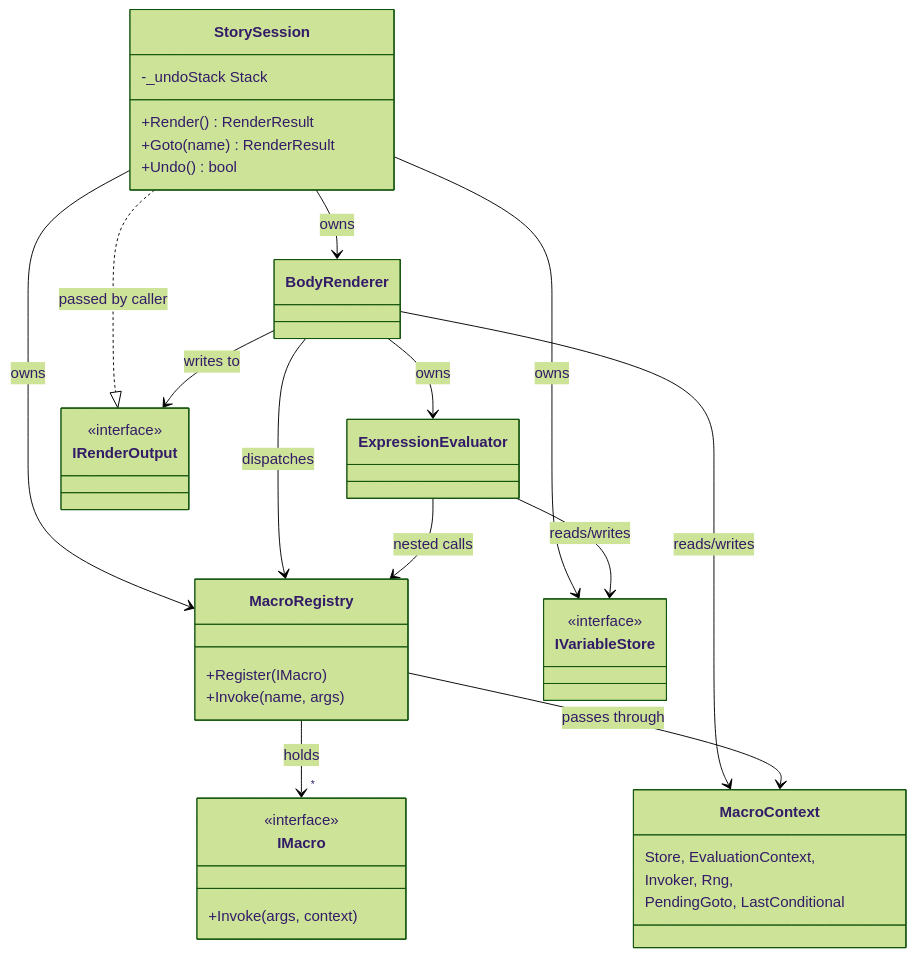
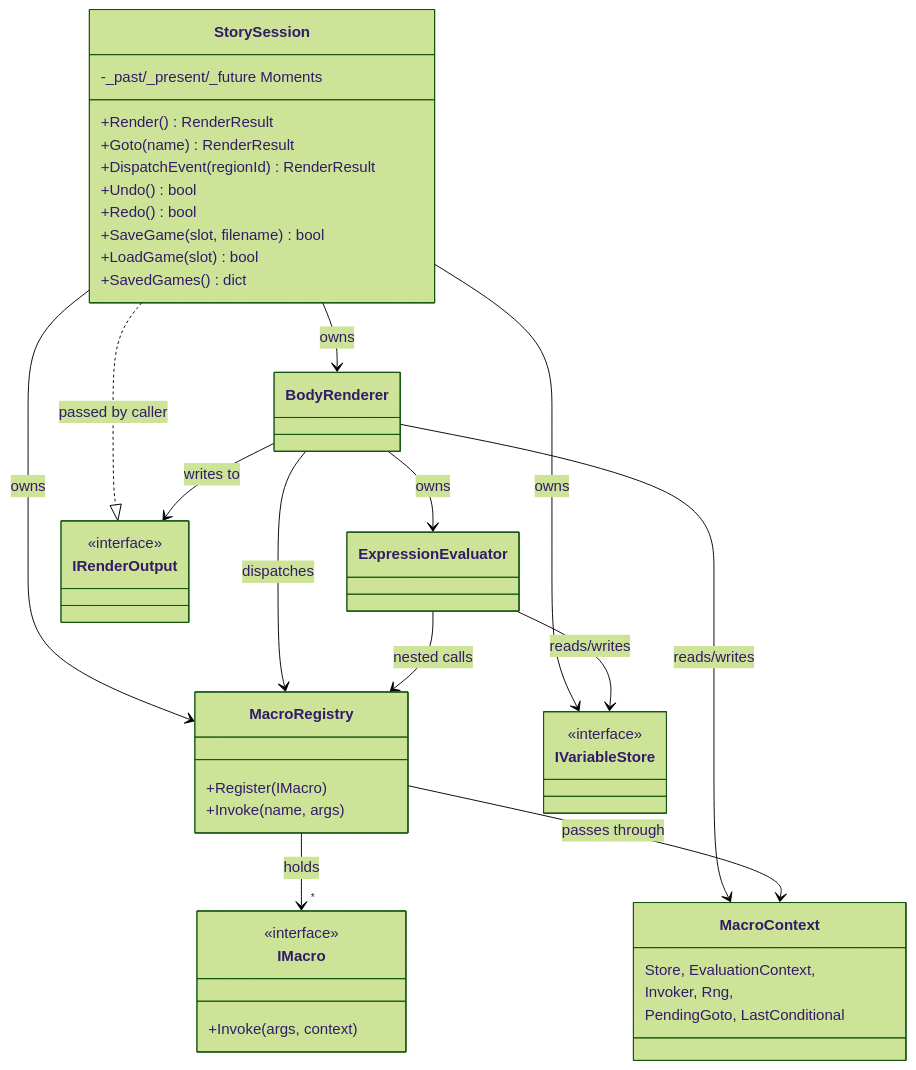
The fourth of 6 diagrams in ARCHITECTURE.md (RaheelYawar/twinelike), drawn with Mermaid (forest theme) before and after one commit. The commit also changed other lines of this file and 4 other files, not shown here.

Commit message:
Add save/load system with pluggable storage, undo/redo timeline, link-family macros, conditional changers, string targets, inline formatting, and RNG state reproduction. Update changers, interactions, and error recovery. Add tests and documentation.

````diff
--- a/ARCHITECTURE.md
+++ b/ARCHITECTURE.md
@@ -232,43 +240,48 @@
 ```mermaid
 classDiagram
   class StorySession {
     +Render() RenderResult
     +Goto(name) RenderResult
+    +DispatchEvent(regionId) RenderResult
     +Undo() bool
-    -_undoStack Stack
+    +Redo() bool
+    +SaveGame(slot, filename) bool
+    +LoadGame(slot) bool
+    +SavedGames() dict
+    -_past/_present/_future Moments
   }
   class BodyRenderer
   class ExpressionEvaluator
   class MacroRegistry {
     +Register(IMacro)
     +Invoke(name, args)
   }
   class IRenderOutput {
     <<interface>>
   }
   class IVariableStore {
     <<interface>>
   }
   class MacroContext {
     Store, EvaluationContext,
     Invoker, Rng,
     PendingGoto, LastConditional
   }
   class IMacro {
     <<interface>>
     +Invoke(args, context)
   }
 
   StorySession --> BodyRenderer : owns
   StorySession --> MacroRegistry : owns
   StorySession --> IVariableStore : owns
   StorySession ..|> IRenderOutput : passed by caller
   BodyRenderer --> ExpressionEvaluator : owns
   BodyRenderer --> IRenderOutput : writes to
   BodyRenderer --> MacroRegistry : dispatches
   BodyRenderer --> MacroContext : reads/writes
   ExpressionEvaluator --> IVariableStore : reads/writes
   ExpressionEvaluator --> MacroRegistry : nested calls
   MacroRegistry --> "*" IMacro : holds
   MacroRegistry --> MacroContext : passes through
 ```
````
